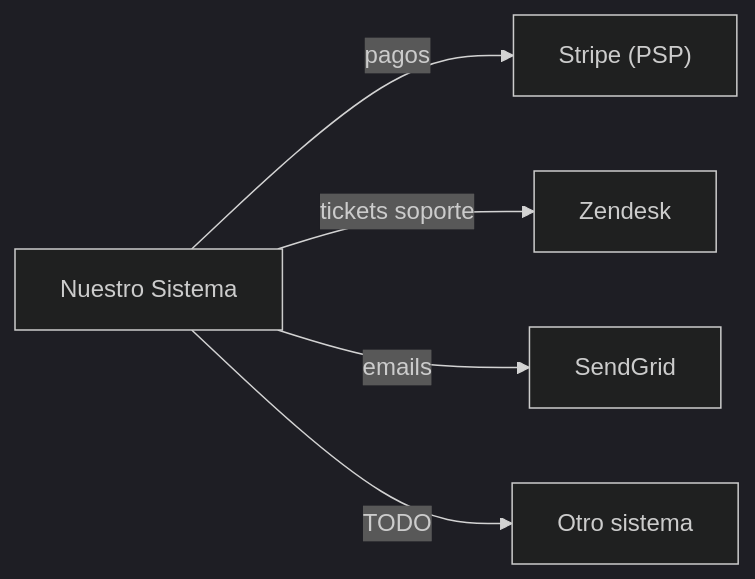
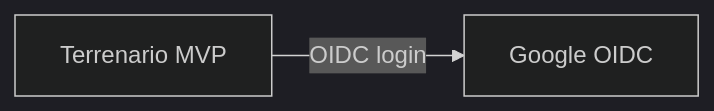
One commit to AndresGilabert/terrenario changed the diagram in docs/06-integraciones/vision-general.md. Above: the diagram before and after it, drawn with Mermaid (dark theme). The commit also changed other lines of this file and 34 other files, not shown here.

````diff
--- a/docs/06-integraciones/vision-general.md
+++ b/docs/06-integraciones/vision-general.md
@@ -19,7 +19,4 @@
 ```mermaid
 flowchart LR
-    sistema["Nuestro Sistema"] -->|"pagos"| stripe["Stripe (PSP)"]
-    sistema -->|"tickets soporte"| zendesk["Zendesk"]
-    sistema -->|"emails"| sendgrid["SendGrid"]
-    sistema -->|"TODO"| otro["Otro sistema"]
+    sistema["Terrenario MVP"] -->|"OIDC login"| google["Google OIDC"]
 ```
````
